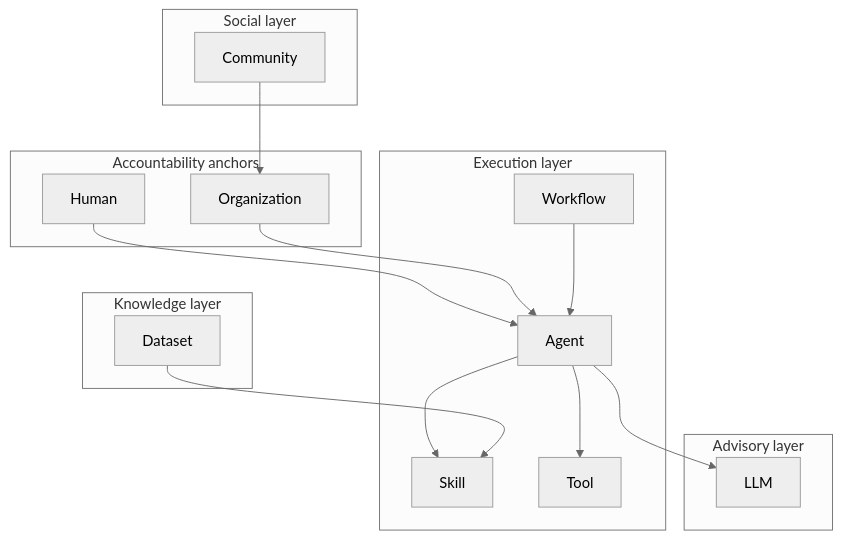
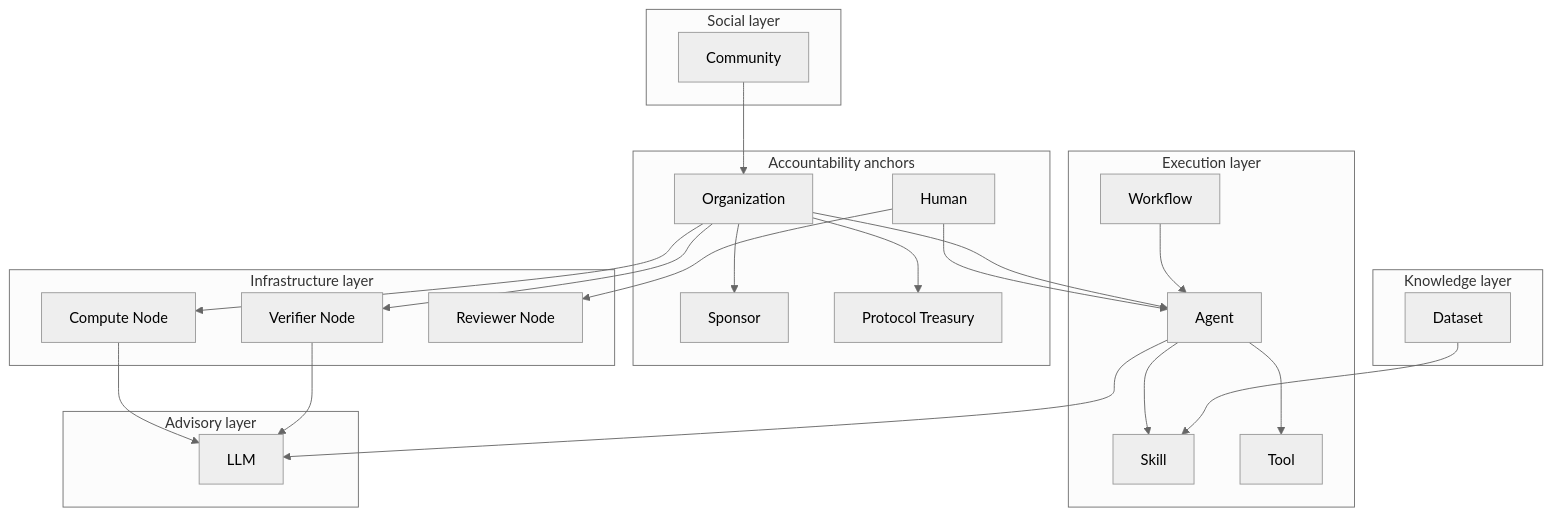
The diagram in docs/ENTITY-ONTOLOGY.md (PoCP-Labs/pocp-ai-commons), drawn with Mermaid (neutral theme) before and after one commit. The commit also changed other lines of this file and 278 other files, not shown here.

````diff
--- a/docs/ENTITY-ONTOLOGY.md
+++ b/docs/ENTITY-ONTOLOGY.md
@@ -31,30 +33,44 @@
 ```mermaid
 flowchart TB
   subgraph anchors [Accountability anchors]
     H[Human]
     O[Organization]
+    SP[Sponsor]
+    PT[Protocol Treasury]
   end
   subgraph executors [Execution layer]
     A[Agent]
     S[Skill]
     T[Tool]
     W[Workflow]
   end
   subgraph advisory [Advisory layer]
     L[LLM]
   end
   subgraph knowledge [Knowledge layer]
     D[Dataset]
   end
   subgraph social [Social layer]
     C[Community]
   end
+  subgraph infra [Infrastructure layer]
+    CN[Compute Node]
+    VN[Verifier Node]
+    RN[Reviewer Node]
+  end
   H --> A
   O --> A
   A --> S
   A --> T
   A --> L
   W --> A
   D --> S
   C --> O
+  O --> CN
+  O --> VN
+  H --> RN
+  O --> SP
+  O --> PT
+  CN --> L
+  VN --> L
 ```
````
